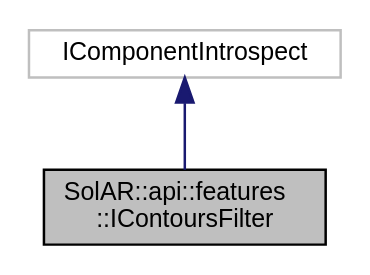
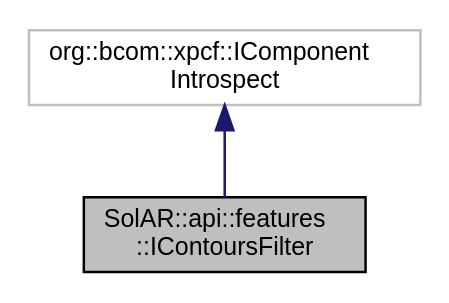
One commit to SolarFramework/solarframework.github.io changed the diagram in api_documentation/class_sol_a_r_1_1api_1_1features_1_1_i_contours_filter__coll__graph.dot. Above: the diagram before and after it, drawn with Graphviz. The commit also changed 1012 other files, not shown here.

```diff
--- a/api_documentation/class_sol_a_r_1_1api_1_1features_1_1_i_contours_filter__coll__graph.dot
+++ b/api_documentation/class_sol_a_r_1_1api_1_1features_1_1_i_contours_filter__coll__graph.dot
@@ -1,8 +1,9 @@
 digraph "SolAR::api::features::IContoursFilter"
 {
+ // LATEX_PDF_SIZE
   edge [fontname="Helvetica",fontsize="10",labelfontname="Helvetica",labelfontsize="10"];
   node [fontname="Helvetica",fontsize="10",shape=record];
-  Node2 [label="SolAR::api::features\l::IContoursFilter",height=0.2,width=0.4,color="black", fillcolor="grey75", style="filled", fontcolor="black"];
-  Node3 -> Node2 [dir="back",color="midnightblue",fontsize="10",style="solid",fontname="Helvetica"];
-  Node3 [label="IComponentIntrospect",height=0.2,width=0.4,color="grey75", fillcolor="white", style="filled"];
+  Node1 [label="SolAR::api::features\l::IContoursFilter",height=0.2,width=0.4,color="black", fillcolor="grey75", style="filled", fontcolor="black",tooltip="Filters a set of contours. UUID: 6b3de3a0-cc72-11e7-abc4-cec278b6b50a"];
+  Node2 -> Node1 [dir="back",color="midnightblue",fontsize="10",style="solid",fontname="Helvetica"];
+  Node2 [label="org::bcom::xpcf::IComponent\lIntrospect",height=0.2,width=0.4,color="grey75", fillcolor="white", style="filled",tooltip=" "];
 }
```
